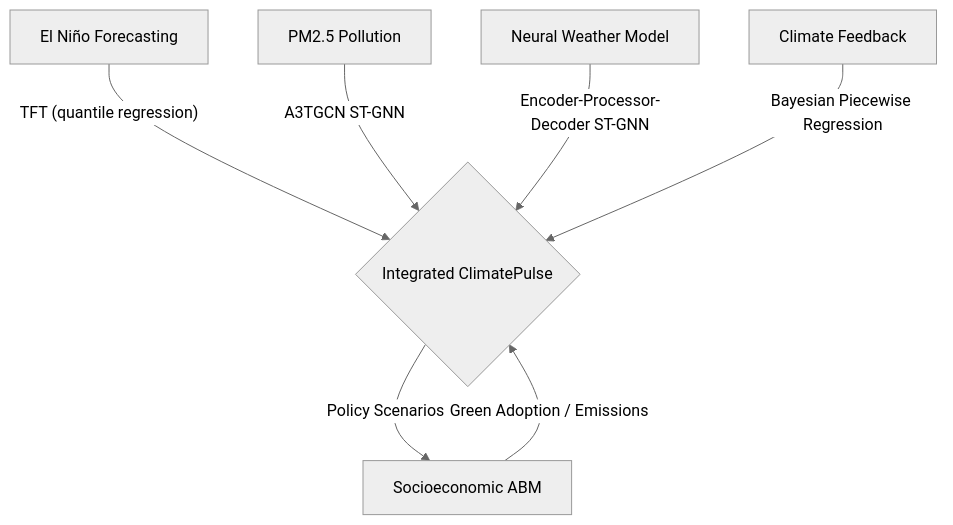
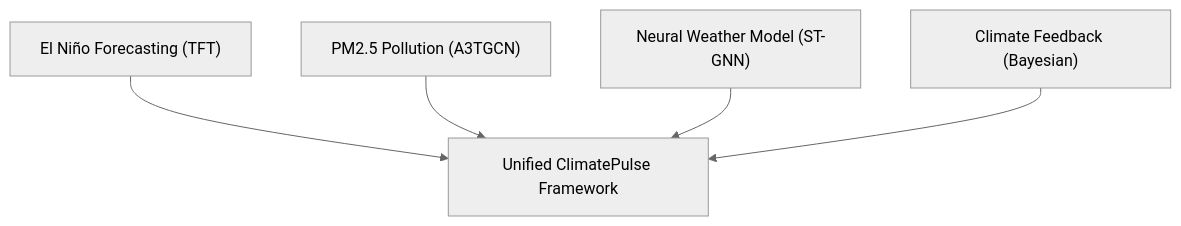
One commit to aditripaul/climate_pulse changed the second of 2 diagrams in docs/research_paper/research_paper.md. Above: the diagram before and after it, drawn with Mermaid (neutral theme). The commit also changed other lines of this file and 37 other files, not shown here.

````diff
--- a/docs/research_paper/research_paper.md
+++ b/docs/research_paper/research_paper.md
@@ -157,10 +152,7 @@
 ```mermaid
 flowchart TD
-    A["El Niño Forecasting"] -->|"TFT (quantile regression)"| E
-    B["PM2.5 Pollution"] -->|"A3TGCN ST-GNN"| E
-    C["Neural Weather Model"] -->|"Encoder-Processor-Decoder ST-GNN"| E
-    D2["Climate Feedback"] -->|"Bayesian Piecewise Regression"| E
-
-    E{"Integrated ClimatePulse"} -->|"Policy Scenarios"| D["Socioeconomic ABM"]
-    D -->|"Green Adoption / Emissions"| E
+    A["El Niño Forecasting (TFT)"] --> E["Unified ClimatePulse Framework"]
+    B["PM2.5 Pollution (A3TGCN)"] --> E
+    C["Neural Weather Model (ST-GNN)"] --> E
+    D["Climate Feedback (Bayesian)"] --> E
 ```
````
